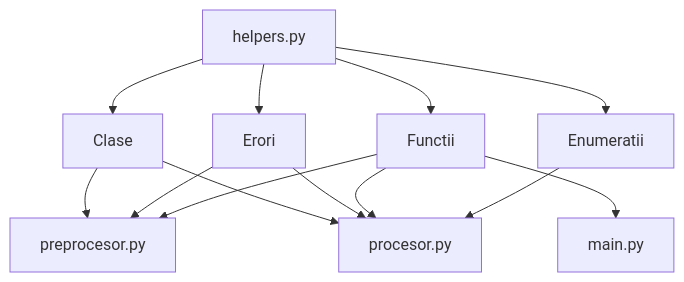
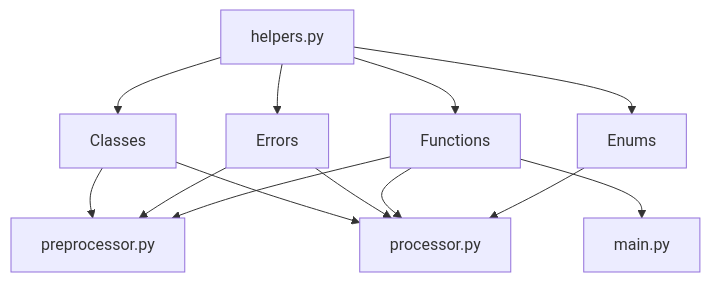
Before and after one commit to Ropler6/PseudoPlusPlus: the second of 3 diagrams in README.md, drawn with Mermaid. The commit also changed other lines of this file, not shown here.

````diff
--- a/README.md
+++ b/README.md
@@ -569,17 +57,17 @@
 ```mermaid
 graph TD
     help["helpers.py"]
-    erori["Erori"]
-    enum["Enumeratii"]
-    func["Functii"]
-    clase["Clase"]
-    pro["procesor.py"]
-    pre["preprocesor.py"]
+    erori["Errors"]
+    enum["Enums"]
+    func["Functions"]
+    clase["Classes"]
+    pro["processor.py"]
+    pre["preprocessor.py"]
     main["main.py"]
     
     help --> erori & enum & func & clase
     clase --> pre & pro
     erori --> pre & pro
     func --> main & pre & pro
     enum --> pro
 ```
````
